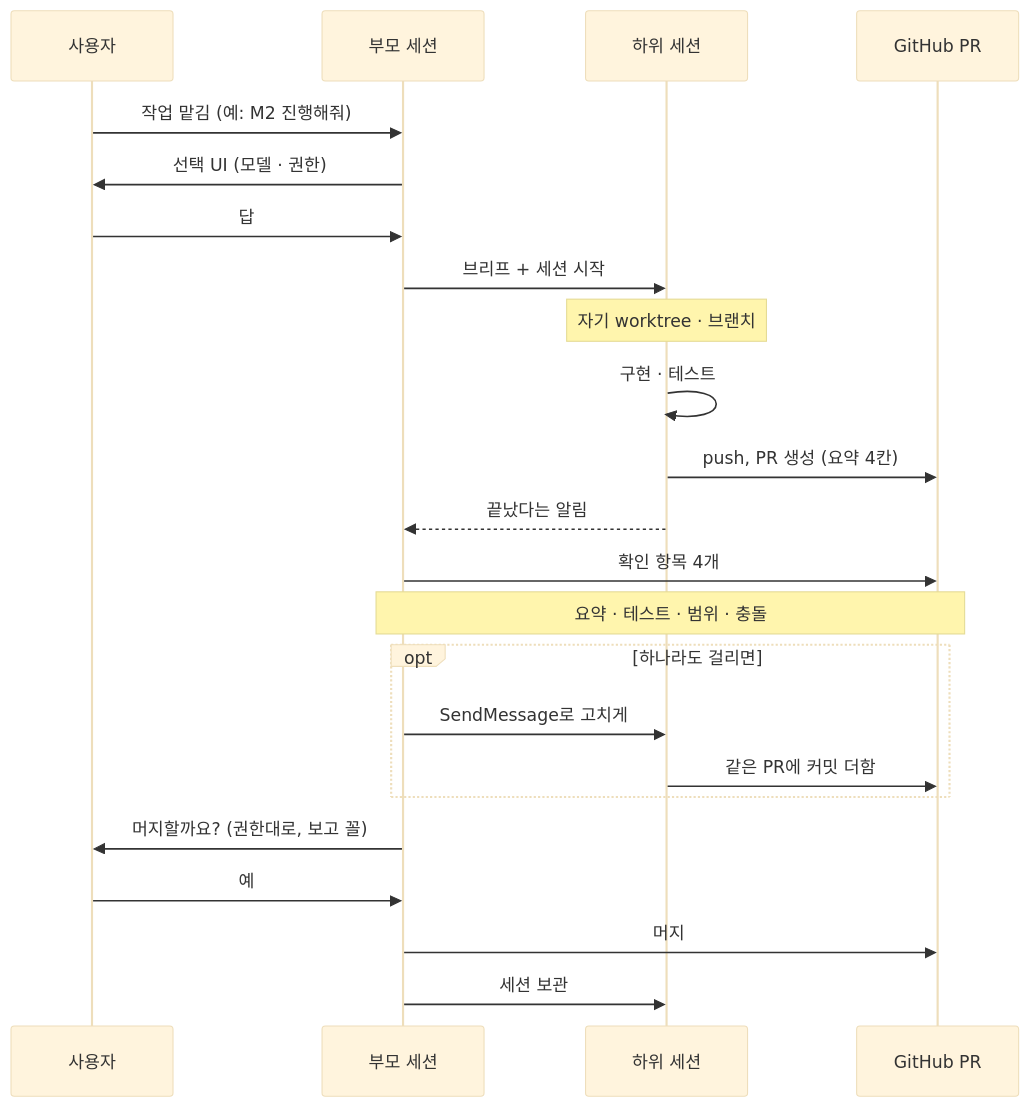
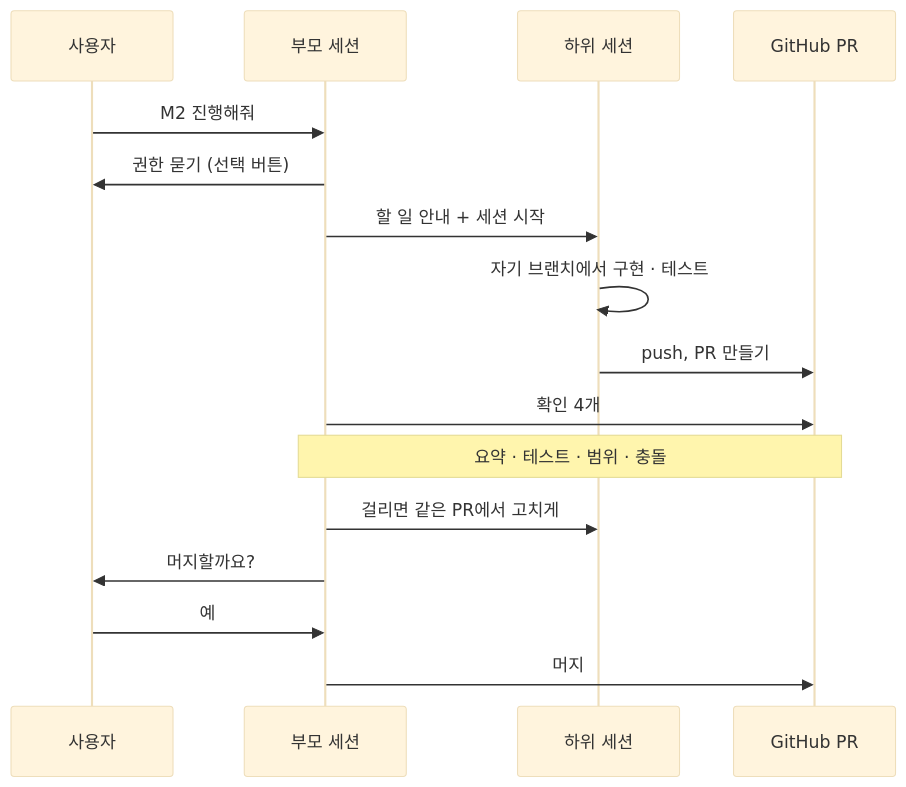
The second of 2 diagrams in README.md (ff-1204/claude-haejo), drawn with Mermaid (base theme) before and after one commit. The commit also changed other lines of this file, not shown here.

````diff
--- a/README.md
+++ b/README.md
@@ -95,25 +54,18 @@
 ```mermaid
 sequenceDiagram
   participant U as 사용자
   participant P as 부모 세션
   participant C as 하위 세션
   participant G as GitHub PR
-  U->>P: 작업 맡김 (예: M2 진행해줘)
-  P->>U: 선택 UI (모델 · 권한)
-  U->>P: 답
-  P->>C: 브리프 + 세션 시작
-  Note over C: 자기 worktree · 브랜치
-  C->>C: 구현 · 테스트
-  C->>G: push, PR 생성 (요약 4칸)
-  C-->>P: 끝났다는 알림
-  P->>G: 확인 항목 4개
+  U->>P: M2 진행해줘
+  P->>U: 권한 묻기 (선택 버튼)
+  P->>C: 할 일 안내 + 세션 시작
+  C->>C: 자기 브랜치에서 구현 · 테스트
+  C->>G: push, PR 만들기
+  P->>G: 확인 4개
   Note over P,G: 요약 · 테스트 · 범위 · 충돌
-  opt 하나라도 걸리면
-    P->>C: SendMessage로 고치게
-    C->>G: 같은 PR에 커밋 더함
-  end
-  P->>U: 머지할까요? (권한대로, 보고 꼴)
+  P->>C: 걸리면 같은 PR에서 고치게
+  P->>U: 머지할까요?
   U->>P: 예
   P->>G: 머지
-  P->>C: 세션 보관
 ```
````
